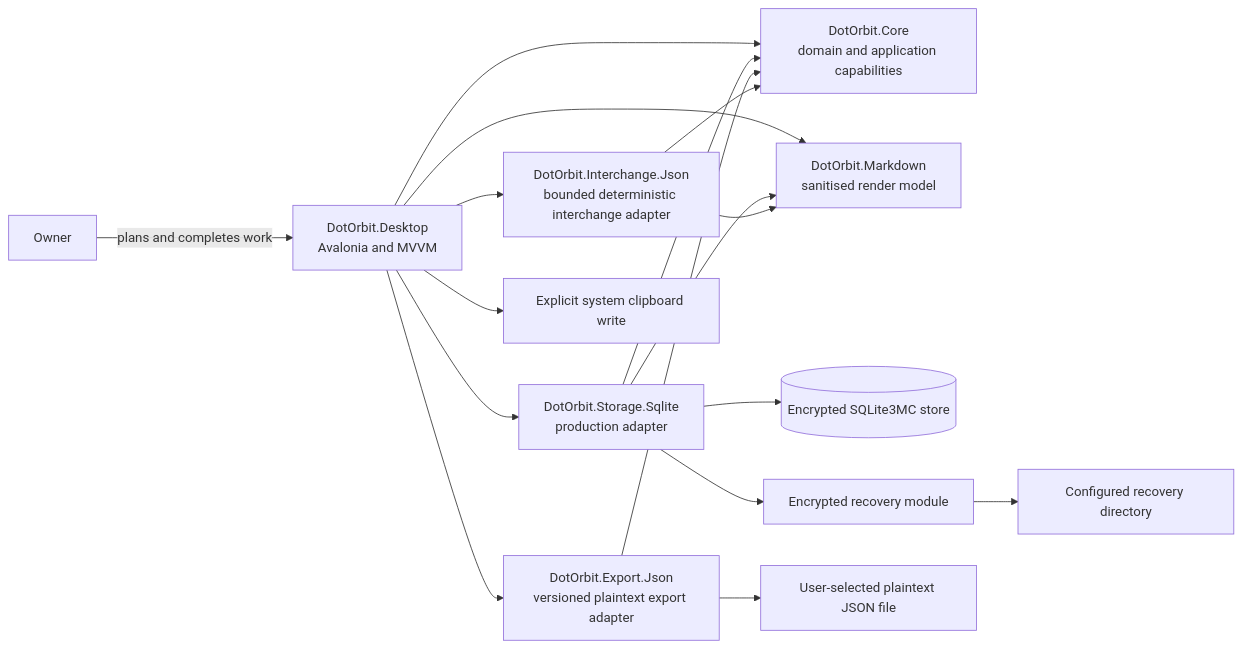
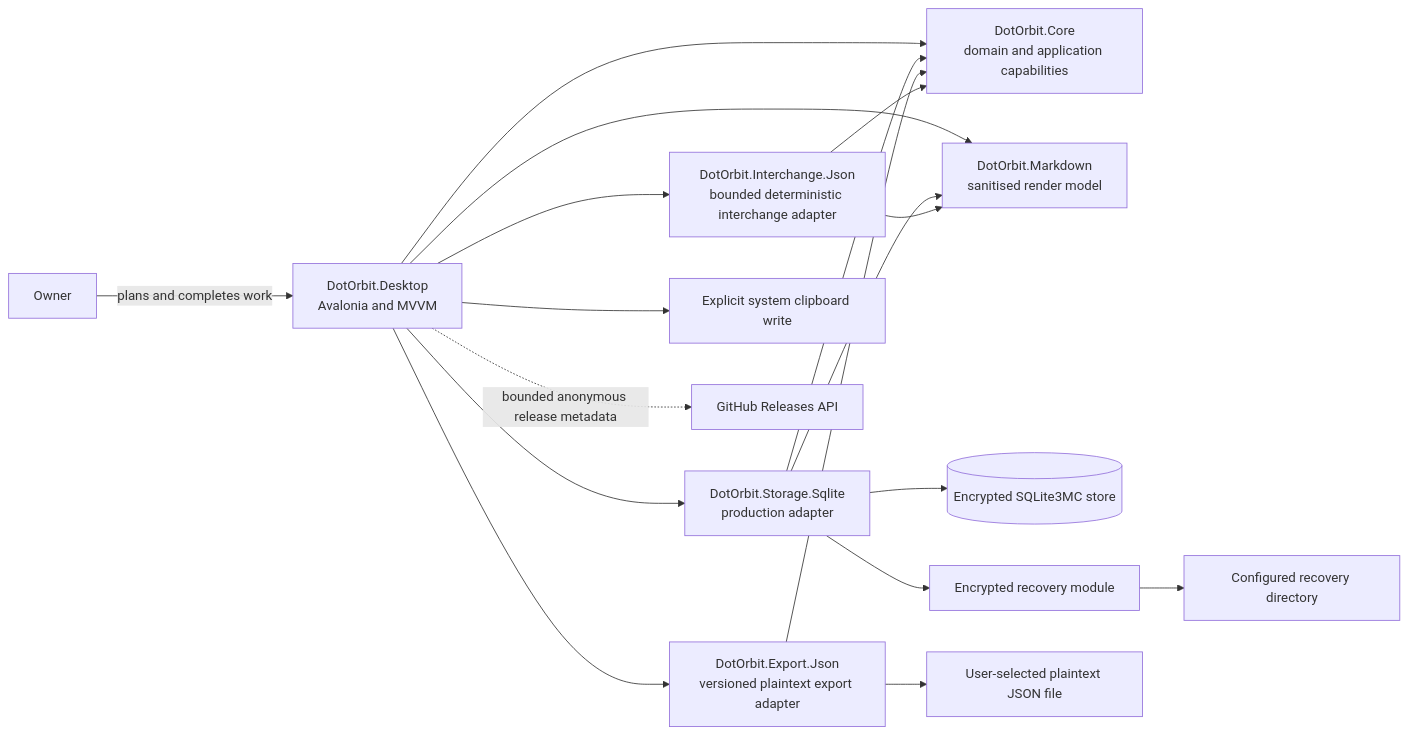
One commit to nullabletype/dot-orbit changed the first of 2 diagrams in docs/architecture/system-context.md. Above: the diagram before and after it, drawn with Mermaid. The commit also changed other lines of this file and 31 other files, not shown here.

````diff
--- a/docs/architecture/system-context.md
+++ b/docs/architecture/system-context.md
@@ -5,19 +5,20 @@
 ```mermaid
 flowchart LR
     Owner[Owner] -->|plans and completes work| Desktop[DotOrbit.Desktop<br/>Avalonia and MVVM]
     Desktop --> Core[DotOrbit.Core<br/>domain and application capabilities]
     Desktop --> Storage[DotOrbit.Storage.Sqlite<br/>production adapter]
     Desktop --> Markdown[DotOrbit.Markdown<br/>sanitised render model]
     Desktop --> Export[DotOrbit.Export.Json<br/>versioned plaintext export adapter]
     Desktop --> Interchange[DotOrbit.Interchange.Json<br/>bounded deterministic interchange adapter]
     Storage --> Core
     Storage --> Markdown
     Export --> Core
     Interchange --> Core
     Interchange --> Markdown
     Storage --> Store[(Encrypted SQLite3MC store)]
     Storage --> Recovery[Encrypted recovery module]
     Recovery --> BackupFolder[Configured recovery directory]
     Export --> ExportFile[User-selected plaintext JSON file]
     Desktop --> Clipboard[Explicit system clipboard write]
+    Desktop -.->|bounded anonymous release metadata| GitHub[GitHub Releases API]
 ```
````
